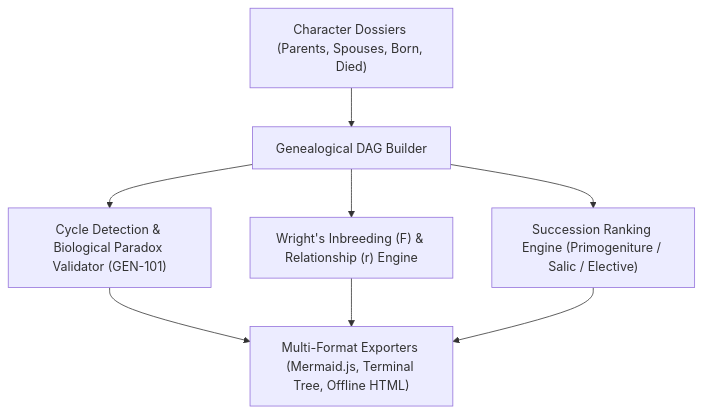
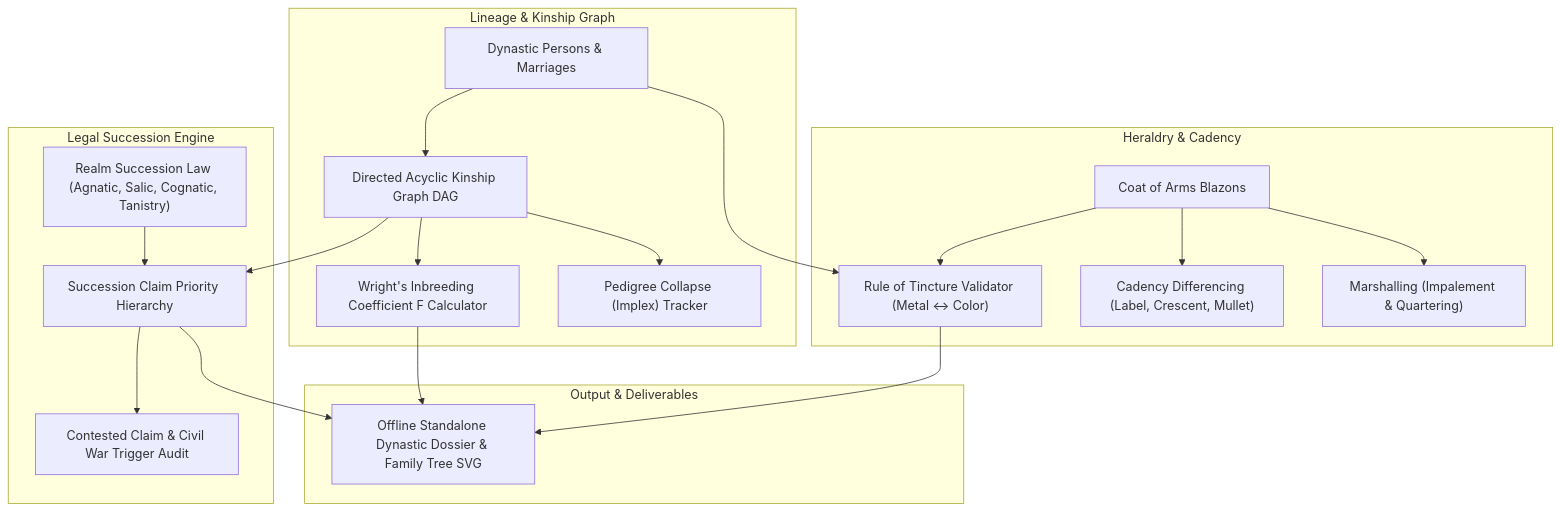
One commit to aryansinghnagar/Ars-Arcanum changed the diagram in docs/GENEALOGY.md. Above: the diagram before and after it, drawn with Mermaid. The commit also changed other lines of this file and 239 other files, not shown here.

First line of the commit message:
feat(v5.0.0): streamline to 47 deterministic engines, zero-pip architecture, and encyclopedic craft references

````diff
--- a/docs/GENEALOGY.md
+++ b/docs/GENEALOGY.md
@@ -21,10 +18,23 @@
 ```mermaid
 flowchart TD
-    Dossiers["Character Dossiers (Parents, Spouses, Born, Died)"] --> GraphBuilder["Genealogical DAG Builder"]
-    GraphBuilder --> CycleAudit["Cycle Detection & Biological Paradox Validator (GEN-101)"]
-    
-    GraphBuilder --> WrightMath["Wright's Inbreeding (F) & Relationship (r) Engine"]
-    GraphBuilder --> Succession["Succession Ranking Engine (Primogeniture / Salic / Elective)"]
-    
-    CycleAudit & WrightMath & Succession --> Visualizer["Multi-Format Exporters (Mermaid.js, Terminal Tree, Offline HTML)"]
+    subgraph Lineage & Kinship Graph
+        Persons["Dynastic Persons & Marriages"] --> KinshipDAG["Directed Acyclic Kinship Graph DAG"]
+        KinshipDAG --> Inbreeding["Wright's Inbreeding Coefficient F Calculator"]
+        KinshipDAG --> PedigreeCollapse["Pedigree Collapse (Implex) Tracker"]
+    end
+
+    subgraph Legal Succession Engine
+        KinshipDAG & Laws["Realm Succession Law (Agnatic, Salic, Cognatic, Tanistry)"] --> ClaimTree["Succession Claim Priority Hierarchy"]
+        ClaimTree --> SuccessionWar["Contested Claim & Civil War Trigger Audit"]
+    end
+
+    subgraph Heraldry & Cadency
+        Persons & Arms["Coat of Arms Blazons"] --> TinctureCheck["Rule of Tincture Validator (Metal ↔ Color)"]
+        Arms --> CadencyMarks["Cadency Differencing (Label, Crescent, Mullet)"]
+        Arms --> Marshalling["Marshalling (Impalement & Quartering)"]
+    end
+
+    subgraph Output & Deliverables
+        Inbreeding & ClaimTree & TinctureCheck --> DynasticDossier["Offline Standalone Dynastic Dossier & Family Tree SVG"]
+    end
 ```
````
